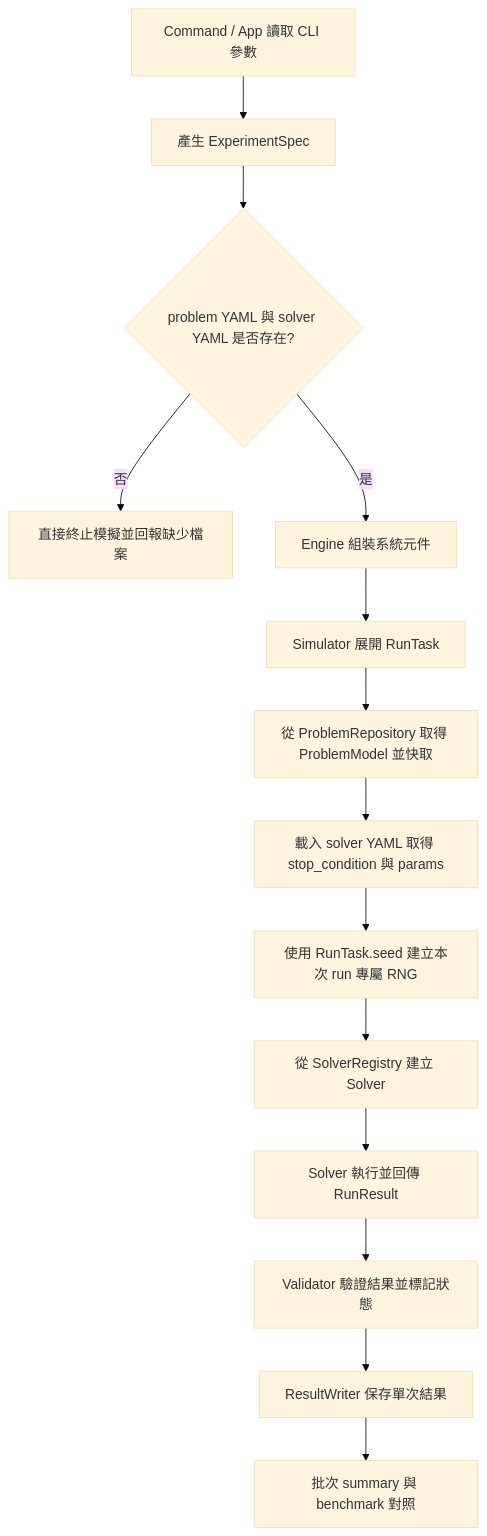
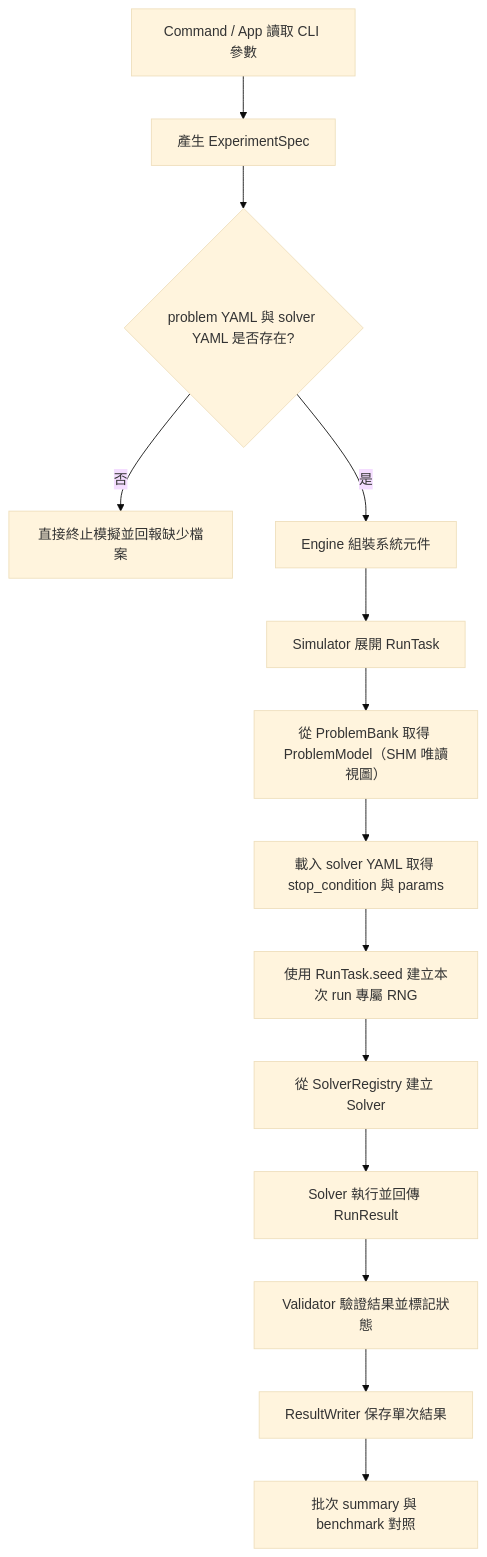
The first of 4 diagrams in note/模擬系統.md (cgit6/optiforge-optimization-solver), drawn with Mermaid (base theme) before and after one commit. The commit also changed other lines of this file and 141 other files, not shown here.

````diff
--- a/note/模擬系統.md
+++ b/note/模擬系統.md
@@ -438,16 +445,16 @@
 ```mermaid
 flowchart TD
     A[Command / App 讀取 CLI 參數] --> B[產生 ExperimentSpec]
     B --> C{problem YAML 與 solver YAML 是否存在?}
     C -->|否| X[直接終止模擬並回報缺少檔案]
     C -->|是| D[Engine 組裝系統元件]
     D --> E[Simulator 展開 RunTask]
-    E --> F[從 ProblemRepository 取得 ProblemModel 並快取]
+    E --> F[從 ProblemBank 取得 ProblemModel（SHM 唯讀視圖）]
     F --> G[載入 solver YAML 取得 stop_condition 與 params]
     G --> H[使用 RunTask.seed 建立本次 run 專屬 RNG]
     H --> I[從 SolverRegistry 建立 Solver]
     I --> J[Solver 執行並回傳 RunResult]
     J --> K[Validator 驗證結果並標記狀態]
     K --> L[ResultWriter 保存單次結果]
     L --> M[批次 summary 與 benchmark 對照]
 ```
````
